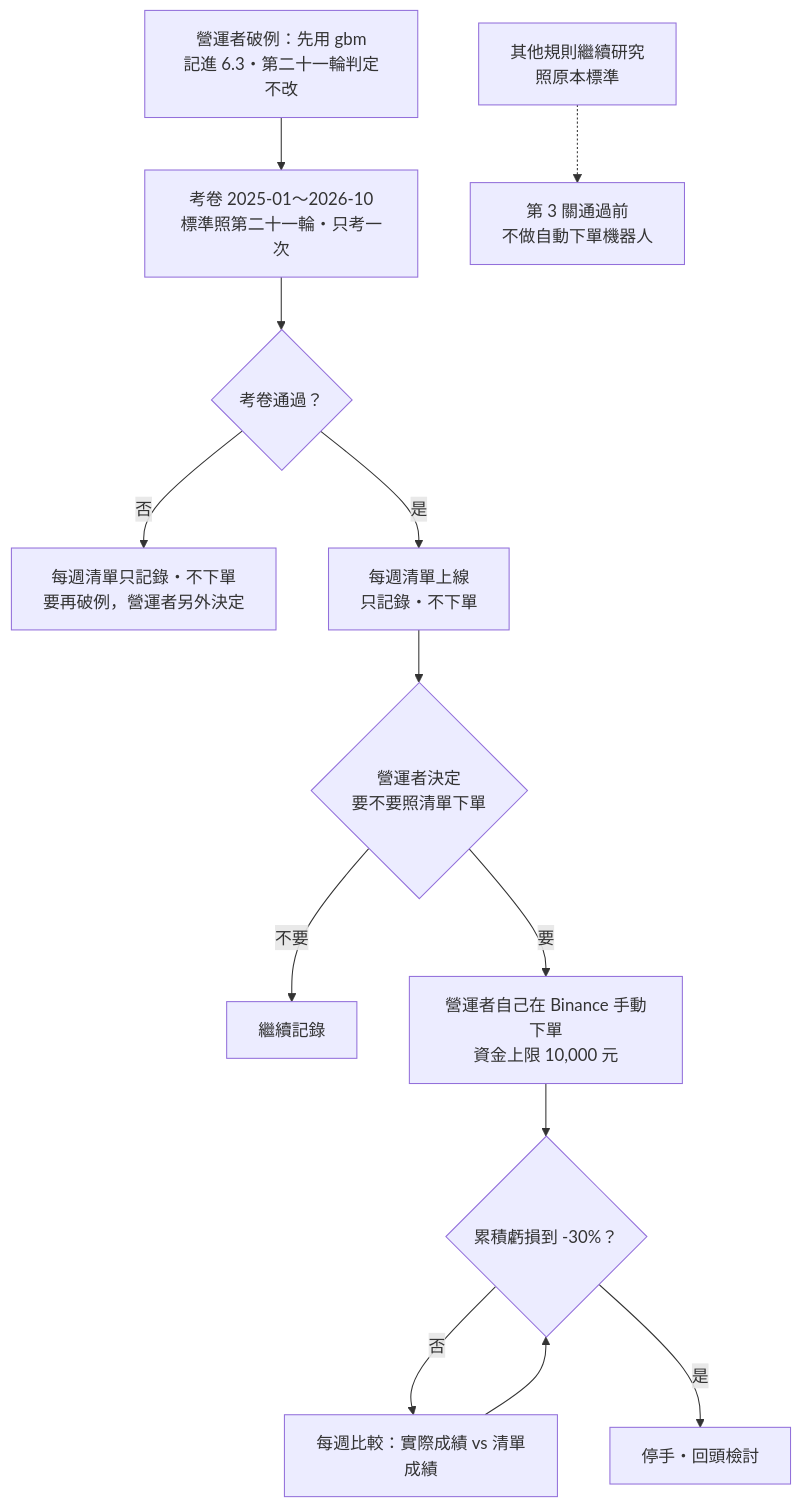
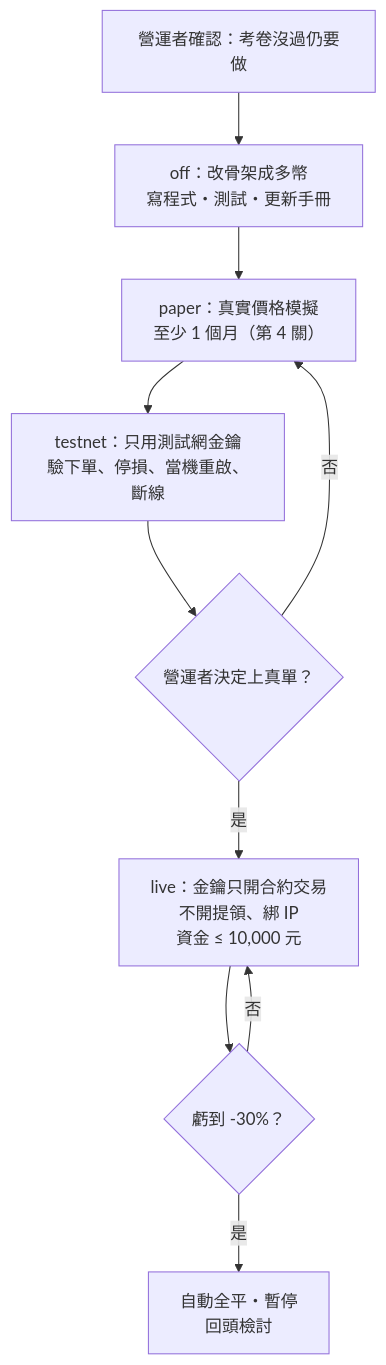
One commit to ShanHugo/Crypto_agent changed diagram 18 of 20 in docs/DESIGN.md. Above: the diagram before and after it, drawn with Mermaid. The commit also changed other lines of this file and 4 other files, not shown here.

````diff
--- a/docs/DESIGN.md
+++ b/docs/DESIGN.md
@@ -1477,15 +1539,12 @@
 ```mermaid
 flowchart TD
-  A[營運者破例：先用 gbm<br/>記進 6.3・第二十一輪判定不改] --> B[考卷 2025-01～2026-10<br/>標準照第二十一輪・只考一次]
-  B --> C{考卷通過？}
-  C -- 否 --> X[每週清單只記錄・不下單<br/>要再破例，營運者另外決定]
-  C -- 是 --> D[每週清單上線<br/>只記錄・不下單]
-  D --> E{營運者決定<br/>要不要照清單下單}
-  E -- 不要 --> F[繼續記錄]
-  E -- 要 --> G[營運者自己在 Binance 手動下單<br/>資金上限 10,000 元]
-  G --> H{累積虧損到 -30%？}
-  H -- 否 --> I[每週比較：實際成績 vs 清單成績]
-  I --> H
-  H -- 是 --> S[停手・回頭檢討]
-  J[其他規則繼續研究<br/>照原本標準] -.-> K[第 3 關通過前<br/>不做自動下單機器人]
+  A[營運者確認：考卷沒過仍要做] --> B[off：改骨架成多幣<br/>寫程式・測試・更新手冊]
+  B --> C[paper：真實價格模擬<br/>至少 1 個月（第 4 關）]
+  C --> D[testnet：只用測試網金鑰<br/>驗下單、停損、當機重啟、斷線]
+  D --> E{營運者決定上真單？}
+  E -- 否 --> C
+  E -- 是 --> F[live：金鑰只開合約交易<br/>不開提領、綁 IP<br/>資金 ≤ 10,000 元]
+  F --> G{虧到 -30%？}
+  G -- 否 --> F
+  G -- 是 --> S[自動全平・暫停<br/>回頭檢討]
 ```
````
